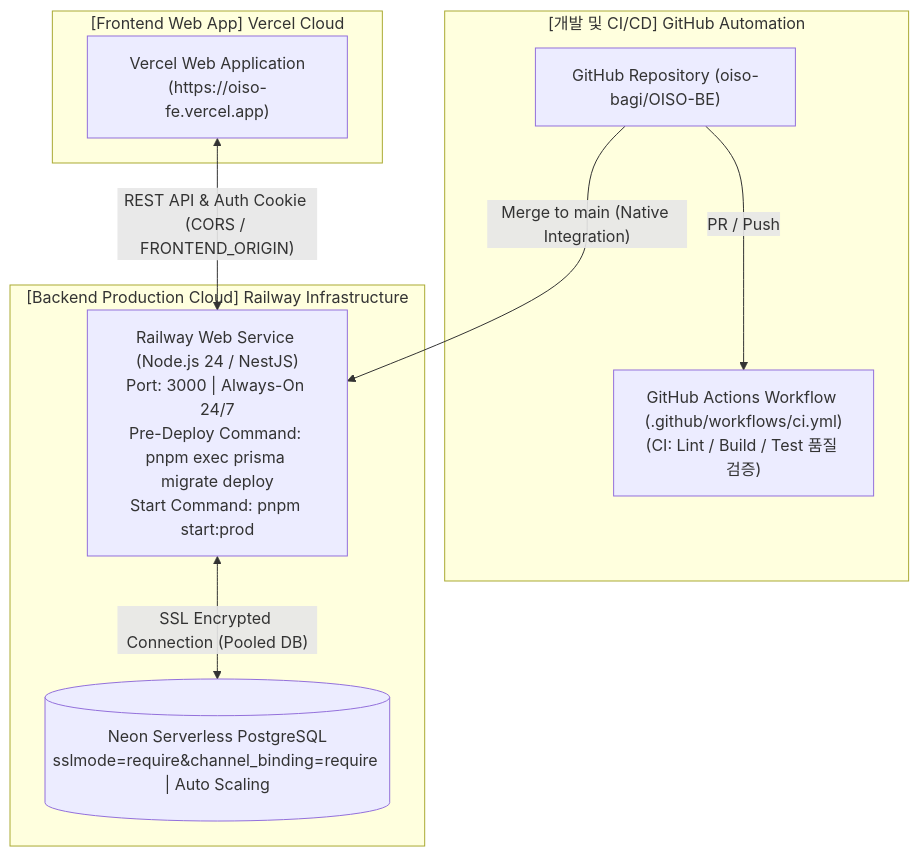
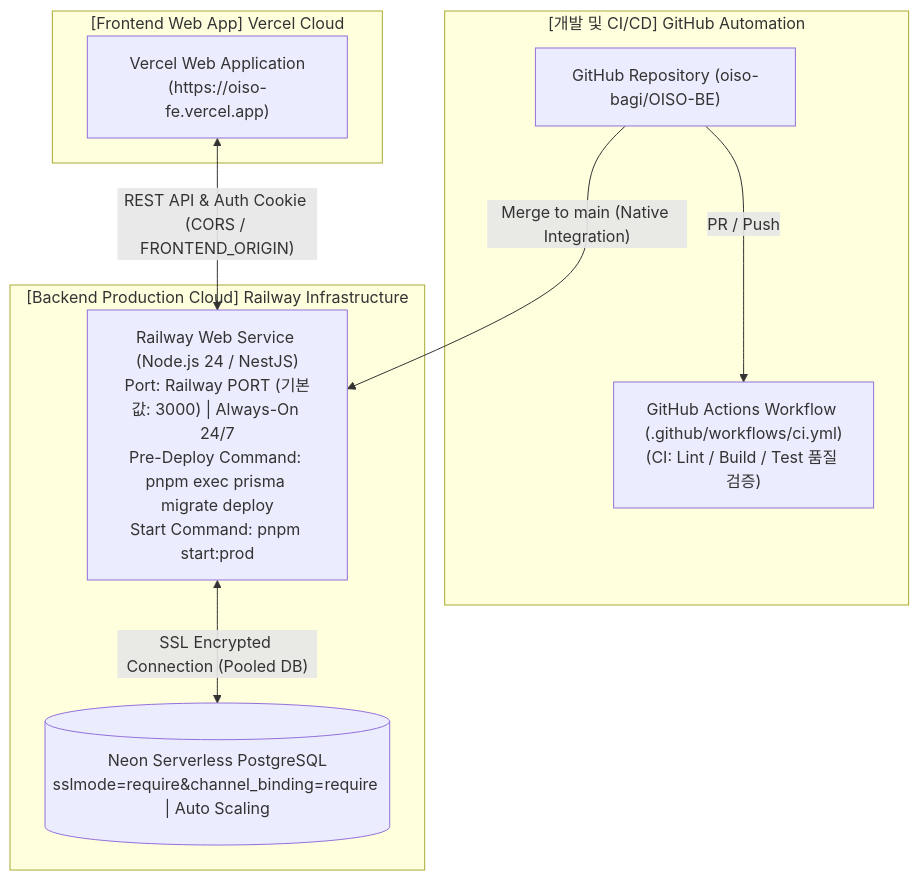
One commit to oiso-bagi/OISO-BE changed the diagram in docs/infrastructure-architecture.md. Above: the diagram before and after it, drawn with Mermaid. The commit also changed other lines of this file, not shown here.

Commit message:
docs(docs): #63 인프라 명세서 내 PORT, Prisma CLI 및 쿠키 도메인 표기 정돈

````diff
--- a/docs/infrastructure-architecture.md
+++ b/docs/infrastructure-architecture.md
@@ -12,21 +12,21 @@
 ```mermaid
 flowchart TD
     subgraph Frontend["[Frontend Web App] Vercel Cloud"]
         VercelApp["Vercel Web Application<br/>(https://oiso-fe.vercel.app)"]
     end
 
     subgraph Developer["[개발 및 CI/CD] GitHub Automation"]
         GitRepo["GitHub Repository (oiso-bagi/OISO-BE)"]
         Actions["GitHub Actions Workflow (.github/workflows/ci.yml)<br/>(CI: Lint / Build / Test 품질 검증)"]
     end
 
     subgraph Production["[Backend Production Cloud] Railway Infrastructure"]
-        RailwayServer["Railway Web Service (Node.js 24 / NestJS)<br/>Port: 3000 | Always-On 24/7<br/>Pre-Deploy Command: pnpm exec prisma migrate deploy<br/>Start Command: pnpm start:prod"]
+        RailwayServer["Railway Web Service (Node.js 24 / NestJS)<br/>Port: Railway PORT (기본값: 3000) | Always-On 24/7<br/>Pre-Deploy Command: pnpm exec prisma migrate deploy<br/>Start Command: pnpm start:prod"]
         NeonDB[("Neon Serverless PostgreSQL<br/>sslmode=require&channel_binding=require | Auto Scaling")]
     end
 
     VercelApp <-->|"REST API & Auth Cookie (CORS / FRONTEND_ORIGIN)"| RailwayServer
     GitRepo -->|"PR / Push"| Actions
     GitRepo -->|"Merge to main (Native Integration)"| RailwayServer
     RailwayServer <-->|"SSL Encrypted Connection (Pooled DB)"| NeonDB
 ```
````
